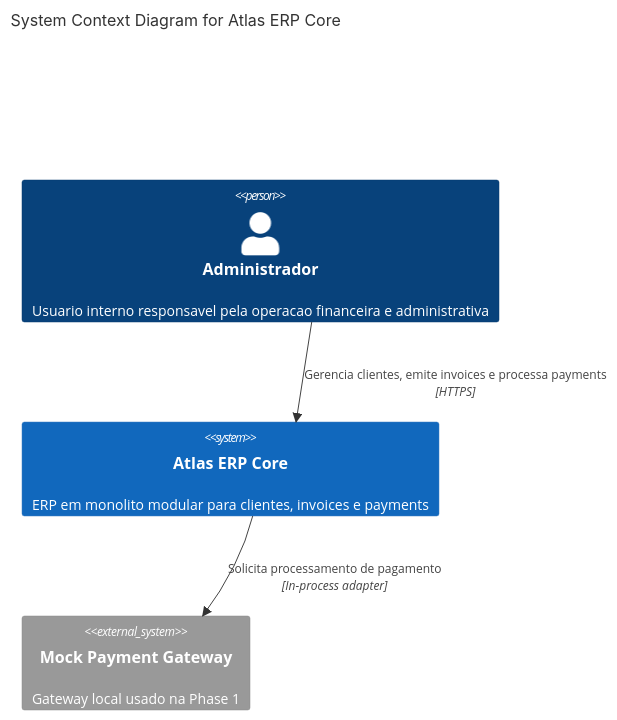
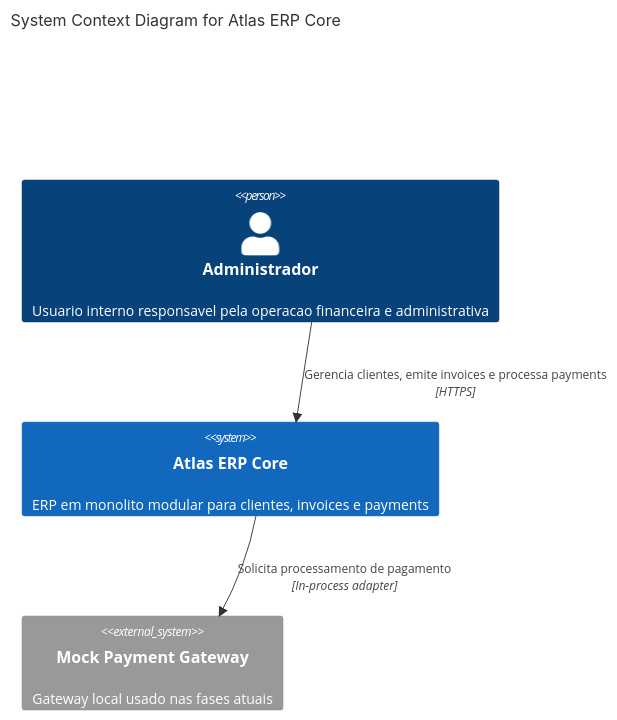
One commit to rgomids/atlas-erp-core changed the first of 5 diagrams in docs/diagrams/architecture.md. Above: the diagram before and after it, drawn with Mermaid. The commit also changed other lines of this file and 28 other files, not shown here.

````diff
--- a/docs/diagrams/architecture.md
+++ b/docs/diagrams/architecture.md
@@ -5,11 +5,11 @@
 ```mermaid
 C4Context
     title System Context Diagram for Atlas ERP Core
 
     Person(admin, "Administrador", "Usuario interno responsavel pela operacao financeira e administrativa")
     System(atlas, "Atlas ERP Core", "ERP em monolito modular para clientes, invoices e payments")
-    System_Ext(payment_gateway, "Mock Payment Gateway", "Gateway local usado na Phase 1")
+    System_Ext(payment_gateway, "Mock Payment Gateway", "Gateway local usado nas fases atuais")
 
     Rel(admin, atlas, "Gerencia clientes, emite invoices e processa payments", "HTTPS")
     Rel(atlas, payment_gateway, "Solicita processamento de pagamento", "In-process adapter")
 ```
````
